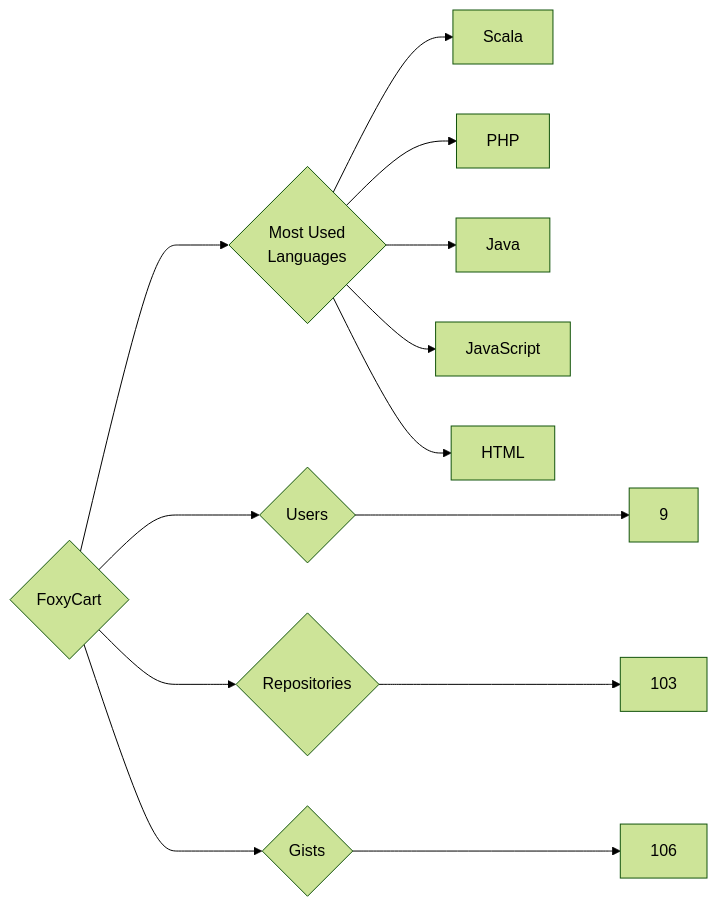
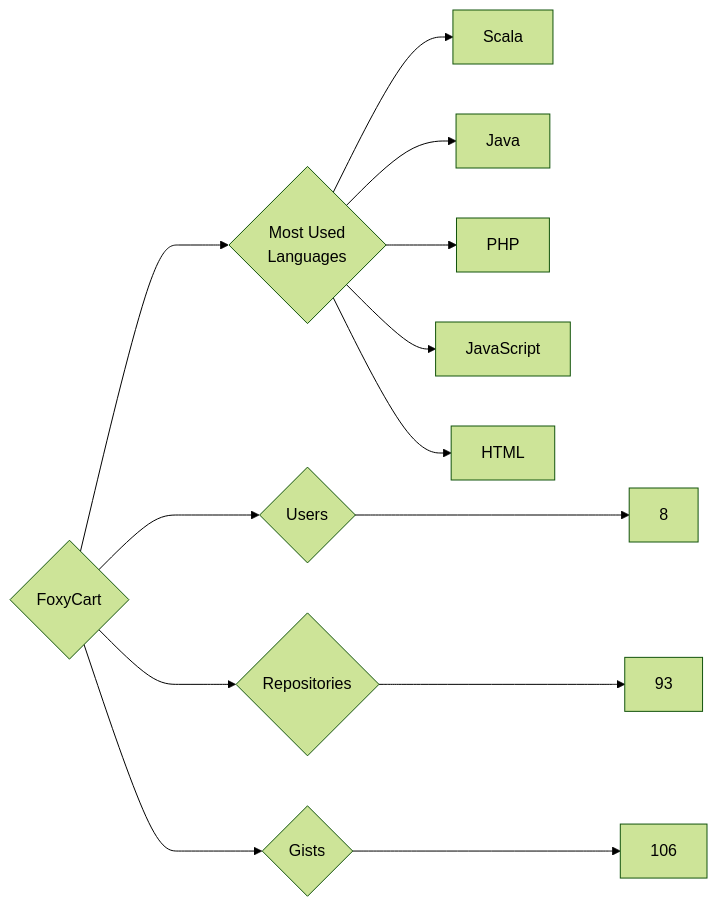
The diagram in targets/FoxyCart/README.md (trickest/insiders), drawn with Mermaid (forest theme) before and after one commit. The commit also changed 1175 other files, not shown here.

````diff
--- a/targets/FoxyCart/README.md
+++ b/targets/FoxyCart/README.md
@@ -3,13 +3,13 @@
 ```mermaid
 graph LR
 COMPANY_NAME{FoxyCart}
-COMPANY_NAME ---> U{Users} ---> UN[9]
-COMPANY_NAME ---> R{Repositories} ---> RN[103]
+COMPANY_NAME ---> U{Users} ---> UN[8]
+COMPANY_NAME ---> R{Repositories} ---> RN[93]
 COMPANY_NAME ---> G{Gists} ---> GN[106]
 COMPANY_NAME ---> ML{Most Used<br>Languages}
 ML --> Scala[Scala]
+ML --> Java[Java]
 ML --> PHP[PHP]
-ML --> Java[Java]
 ML --> JavaScript[JavaScript]
 ML --> HTML[HTML]
 ```
````
